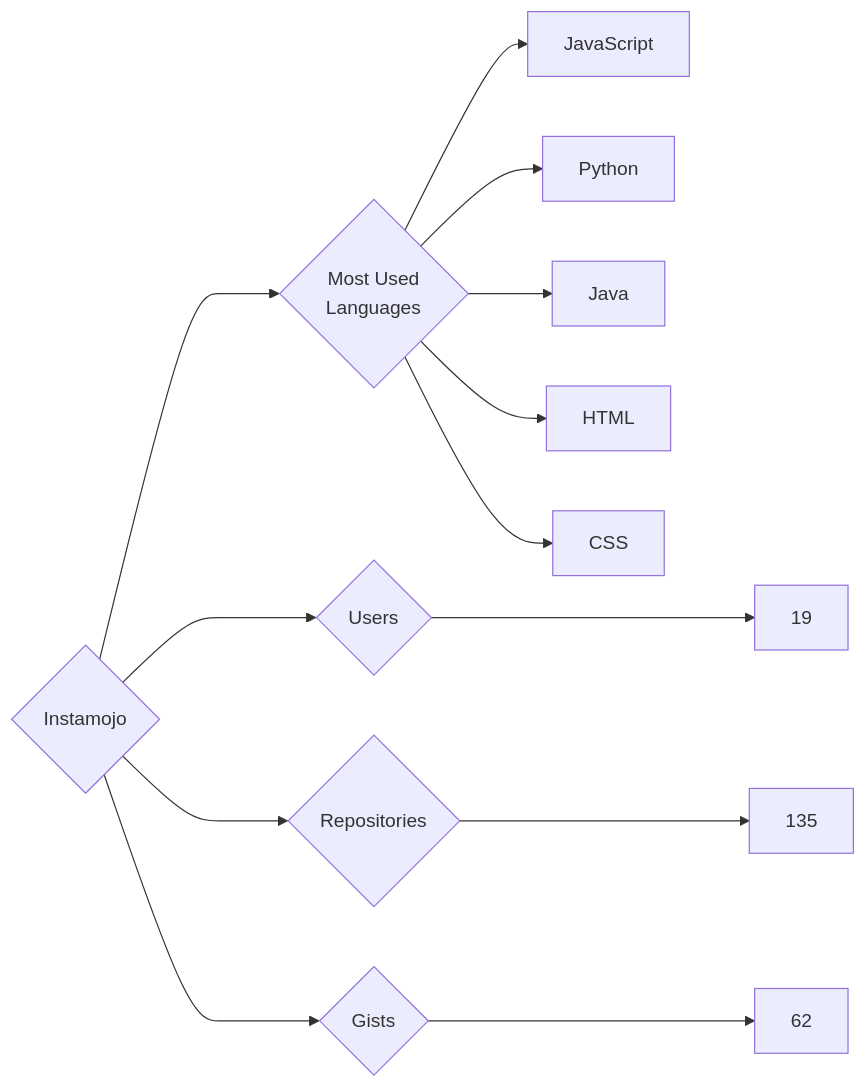
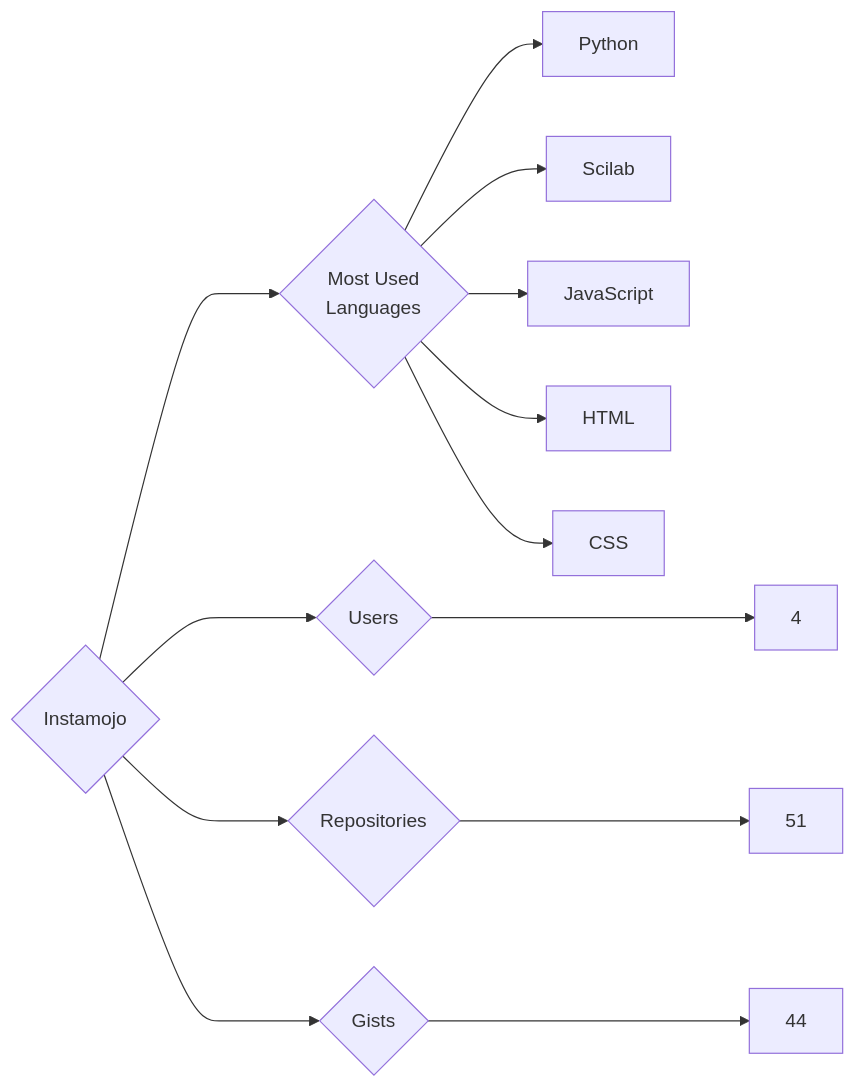
Before and after one commit to trickest/insiders: the diagram in targets/Instamojo/README.md, drawn with Mermaid. The commit also changed 882 other files, not shown here.

````diff
--- a/targets/Instamojo/README.md
+++ b/targets/Instamojo/README.md
@@ -3,13 +3,13 @@
 ```mermaid
 graph LR
 COMPANY_NAME{Instamojo}
-COMPANY_NAME ---> U{Users} ---> UN[19]
-COMPANY_NAME ---> R{Repositories} ---> RN[135]
-COMPANY_NAME ---> G{Gists} ---> GN[62]
+COMPANY_NAME ---> U{Users} ---> UN[4]
+COMPANY_NAME ---> R{Repositories} ---> RN[51]
+COMPANY_NAME ---> G{Gists} ---> GN[44]
 COMPANY_NAME ---> ML{Most Used<br>Languages}
+ML --> Python[Python]
+ML --> Scilab[Scilab]
 ML --> JavaScript[JavaScript]
-ML --> Python[Python]
-ML --> Java[Java]
 ML --> HTML[HTML]
 ML --> CSS[CSS]
 ```
````
